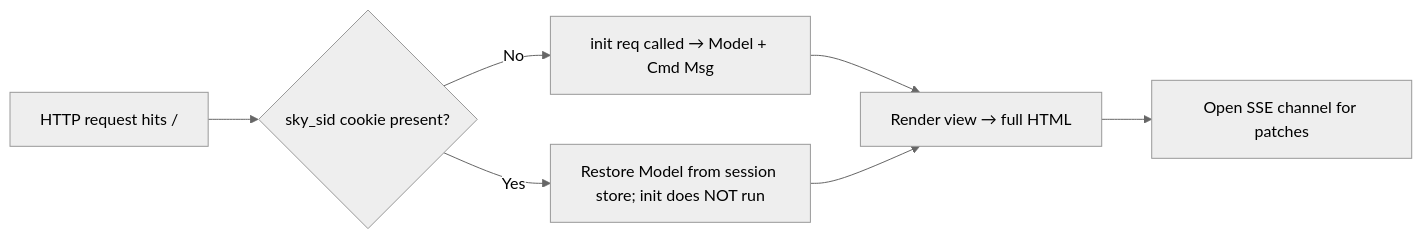
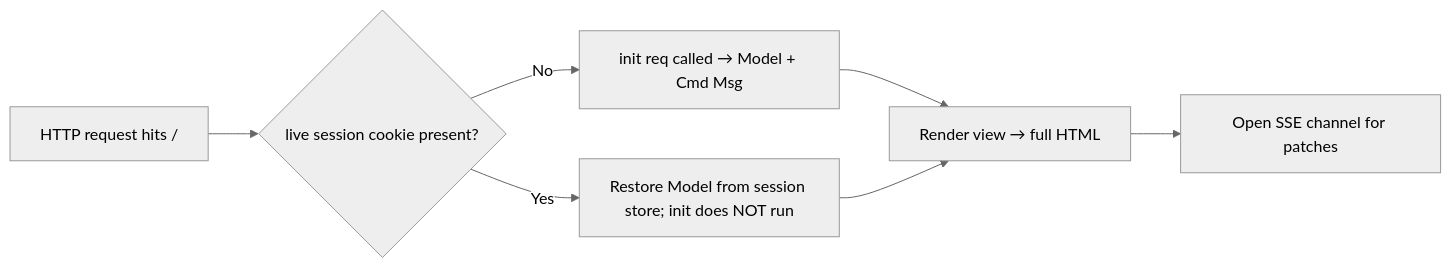
One commit to anzellai/sky changed the fourth of 7 diagrams in docs/architecture/sky-stdlib-correctness.md. Above: the diagram before and after it, drawn with Mermaid (neutral theme). The commit also changed other lines of this file and 15 other files, not shown here.

First line of the commit message:
docs+e2e(live): document session-id rotation, the __Host- cookie and Live.sessionKey; browser e2e for rotation

````diff
--- a/docs/architecture/sky-stdlib-correctness.md
+++ b/docs/architecture/sky-stdlib-correctness.md
@@ -917,9 +917,9 @@
 ```mermaid
 flowchart LR
-    Req[HTTP request hits /] --> Cookie{sky_sid cookie present?}
+    Req[HTTP request hits /] --> Cookie{live session cookie present?}
     Cookie -->|No| Init["init req called → Model + Cmd Msg"]
     Cookie -->|Yes| Resume["Restore Model from session store; init does NOT run"]
     Init --> Render[Render view → full HTML]
     Resume --> Render
     Render --> SSE[Open SSE channel for patches]
 ```
````
